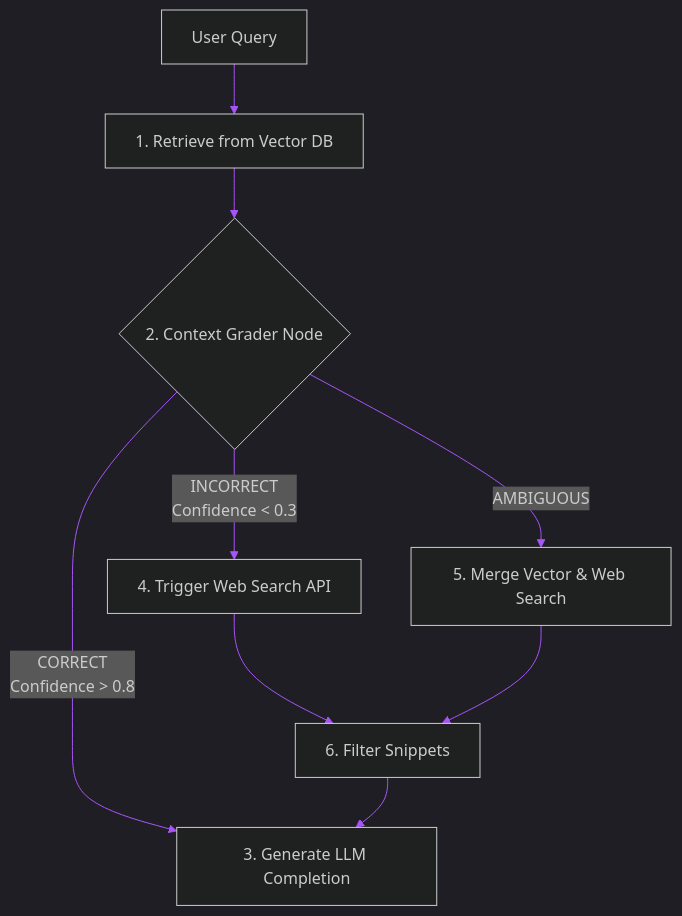
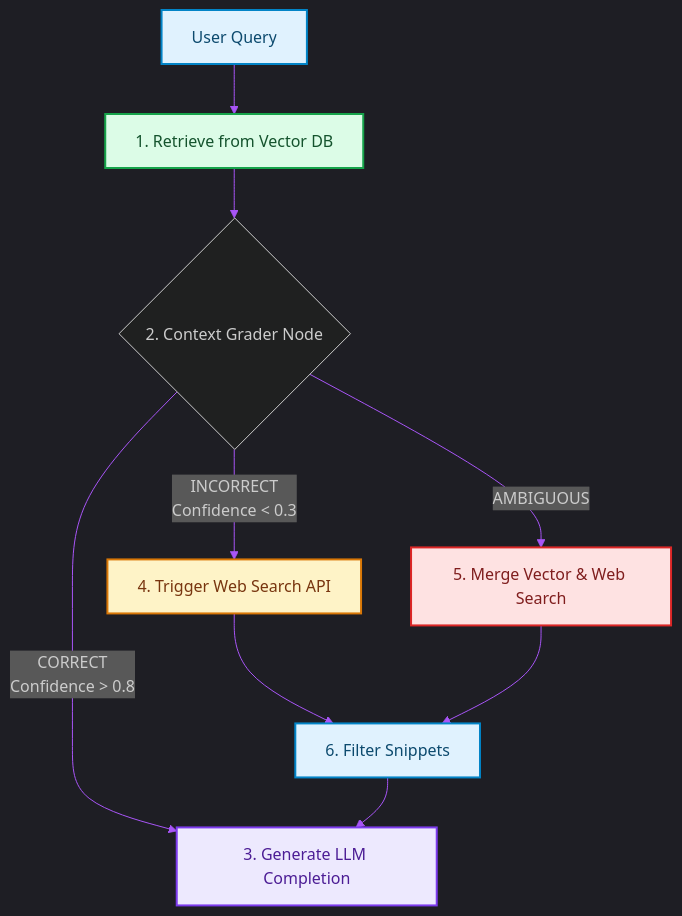
The diagram in blog/posts/self-reflective-rag-corrective-search-loops.md (akmalkhaniub/akmalkhaniub.github.io), drawn with Mermaid before and after one commit. The commit also changed other lines of this file and 1291 other files, not shown here.

First line of the commit message:
feat(catalog): unique covers, scholarly references, and diagram palettes

````diff
--- a/blog/posts/self-reflective-rag-corrective-search-loops.md
+++ b/blog/posts/self-reflective-rag-corrective-search-loops.md
@@ -16,14 +16,25 @@
 ```mermaid
 %%{init: {'theme': 'dark', 'themeVariables': { 'primaryColor': '#a855f7', 'primaryTextColor': '#f3f4f6', 'primaryBorderColor': '#c084fc', 'lineColor': '#a855f7', 'secondaryColor': '#111827', 'tertiaryColor': '#0b0f19'}}}%%
 flowchart TD
-    Query[User Query] --> Retrieve[1. Retrieve from Vector DB]
+    Query["User Query"] --> Retrieve["1. Retrieve from Vector DB"]
     Retrieve --> Grader{2. Context Grader Node}
     
-    Grader -->|CORRECT <br> Confidence > 0.8| Generate[3. Generate LLM Completion]
-    Grader -->|INCORRECT <br> Confidence < 0.3| Search[4. Trigger Web Search API]
-    Grader -->|AMBIGUOUS| Hybrid[5. Merge Vector & Web Search]
+    Grader -->|CORRECT <br> Confidence > 0.8| Generate["3. Generate LLM Completion"]
+    Grader -->|INCORRECT <br> Confidence < 0.3| Search["4. Trigger Web Search API"]
+    Grader -->|AMBIGUOUS| Hybrid["5. Merge Vector & Web Search"]
     
-    Search --> Filter[6. Filter Snippets]
+    Search --> Filter["6. Filter Snippets"]
     Hybrid --> Filter
     Filter --> Generate
+
+classDef green fill:#dcfce7,stroke:#16a34a,stroke-width:2px,color:#14532d;
+classDef red fill:#fee2e2,stroke:#dc2626,stroke-width:2px,color:#7f1d1d;
+classDef blue fill:#e0f2fe,stroke:#0284c7,stroke-width:2px,color:#0c4a6e;
+classDef yellow fill:#fef3c7,stroke:#d97706,stroke-width:2px,color:#78350f;
+classDef purple fill:#ede9fe,stroke:#7c3aed,stroke-width:2px,color:#4c1d95;
+class Query,Filter blue
+class Retrieve green
+class Generate purple
+class Search yellow
+class Hybrid red
 ```
````
